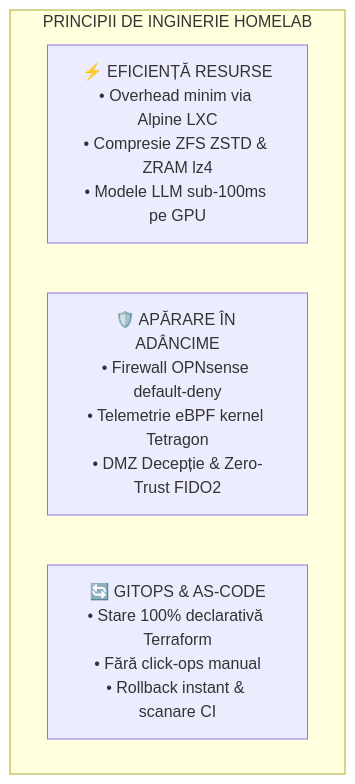
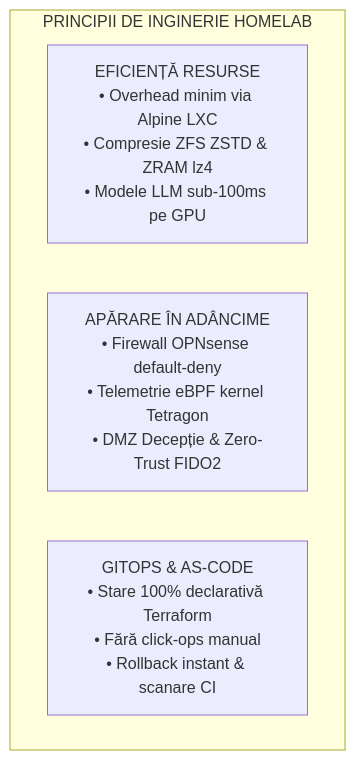
One commit to stefanutc1/datacenter changed the first of 4 diagrams in README.ro.md. Above: the diagram before and after it, drawn with Mermaid. The commit also changed other lines of this file and 7 other files, not shown here.

````diff
--- a/README.ro.md
+++ b/README.ro.md
@@ -54,9 +54,9 @@
 ```mermaid
 flowchart LR
-    subgraph Principles["PRINCIPII DE INGINERIE HOMELAB"]
-        direction LR
-        P1["⚡ EFICIENȚĂ RESURSE<br/>• Overhead minim via Alpine LXC<br/>• Compresie ZFS ZSTD & ZRAM lz4<br/>• Modele LLM sub-100ms pe GPU"]
-        P2["🛡️ APĂRARE ÎN ADÂNCIME<br/>• Firewall OPNsense default-deny<br/>• Telemetrie eBPF kernel Tetragon<br/>• DMZ Decepție & Zero-Trust FIDO2"]
-        P3["🔄 GITOPS & AS-CODE<br/>• Stare 100% declarativă Terraform<br/>• Fără click-ops manual<br/>• Rollback instant & scanare CI"]
-    end
+ subgraph Principles["PRINCIPII DE INGINERIE HOMELAB"]
+ direction LR
+ P1["EFICIENȚĂ RESURSE<br/>• Overhead minim via Alpine LXC<br/>• Compresie ZFS ZSTD & ZRAM lz4<br/>• Modele LLM sub-100ms pe GPU"]
+ P2["APĂRARE ÎN ADÂNCIME<br/>• Firewall OPNsense default-deny<br/>• Telemetrie eBPF kernel Tetragon<br/>• DMZ Decepție & Zero-Trust FIDO2"]
+ P3["GITOPS & AS-CODE<br/>• Stare 100% declarativă Terraform<br/>• Fără click-ops manual<br/>• Rollback instant & scanare CI"]
+ end
 ```
````
